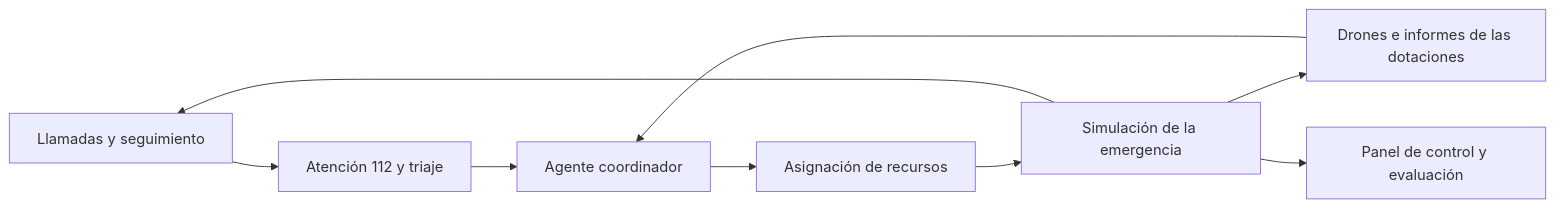
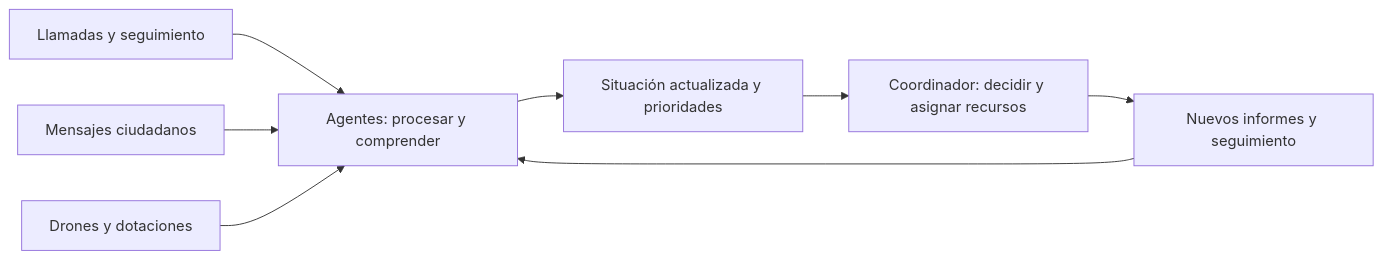
The diagram in README.md (sucara-hackspain/main), drawn with Mermaid before and after one commit. The commit also changed other lines of this file, not shown here.

Commit message:
docs: destaca la comprensión de información para decidir mejor

````diff
--- a/README.md
+++ b/README.md
@@ -25,11 +34,10 @@
 ```mermaid
 flowchart LR
-    A["Llamadas y seguimiento"] --> B["Atención 112 y triaje"]
-    B --> C["Agente coordinador"]
-    D["Drones e informes de las dotaciones"] --> C
-    C --> E["Asignación de recursos"]
-    E --> F["Simulación de la emergencia"]
-    F --> A
-    F --> D
-    F --> G["Panel de control y evaluación"]
+    A["Llamadas y seguimiento"] --> D["Agentes: procesar y comprender"]
+    B["Mensajes ciudadanos"] --> D
+    C["Drones y dotaciones"] --> D
+    D --> E["Situación actualizada y prioridades"]
+    E --> F["Coordinador: decidir y asignar recursos"]
+    F --> G["Nuevos informes y seguimiento"]
+    G --> D
 ```
````
